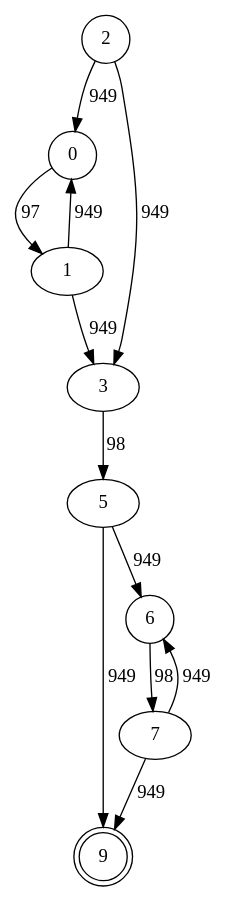
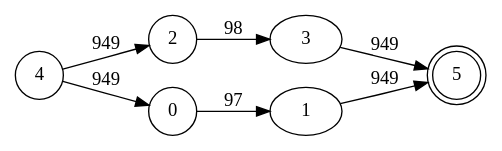
One commit to bryannalfaro/Dise-odeLenguajes changed the diagram in test-output/automata1.gv. Above: the diagram before and after it, drawn with Graphviz. The commit also changed 6 other files, not shown here.

```diff
--- a/test-output/automata1.gv
+++ b/test-output/automata1.gv
@@ -1,17 +1,13 @@
 digraph automata1 {
+	rankdir=LR
+	4 [label=4 shape=circle]
+	5 [label=5 shape=doublecircle]
 	2 [label=2 shape=circle]
-	9 [label=9 shape=doublecircle]
 	0 [label=0 shape=circle]
-	6 [label=6 shape=circle]
-	2 -> 0 [label=949]
-	2 -> 3 [label=949]
+	4 -> 2 [label=949]
+	4 -> 0 [label=949]
+	2 -> 3 [label=98]
+	3 -> 5 [label=949]
 	0 -> 1 [label=97]
-	1 -> 3 [label=949]
-	1 -> 0 [label=949]
-	3 -> 5 [label=98]
-	5 -> 6 [label=949]
-	5 -> 9 [label=949]
-	6 -> 7 [label=98]
-	7 -> 9 [label=949]
-	7 -> 6 [label=949]
+	1 -> 5 [label=949]
 }
```
